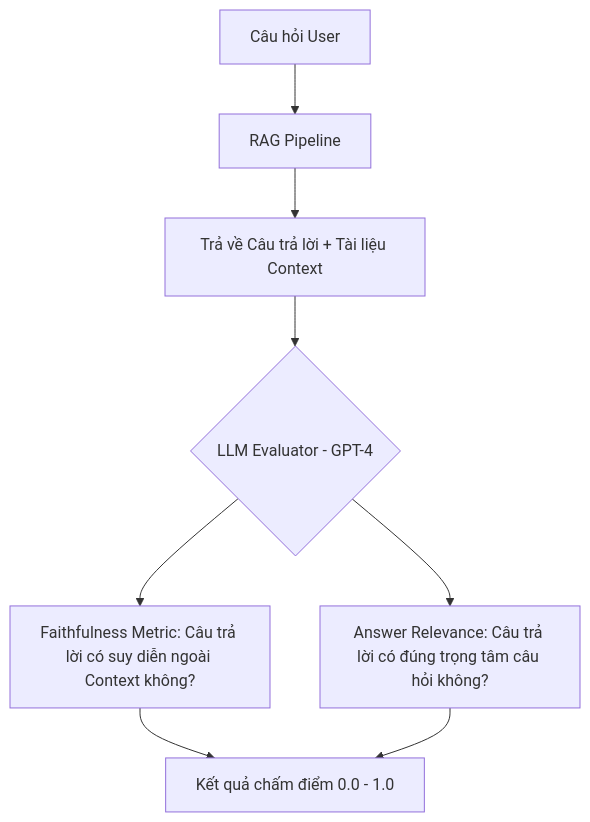
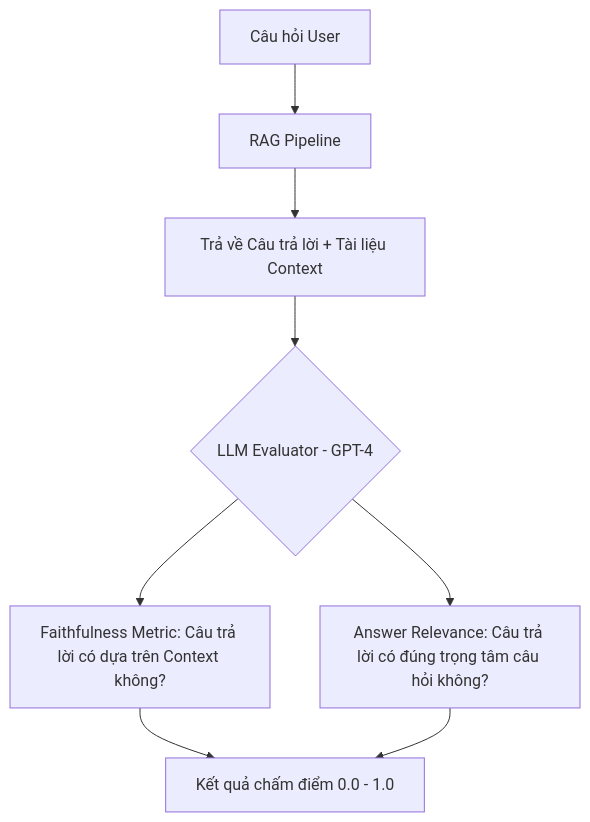
One commit to kythuatdulieu/kythuatdulieu.github.io changed the diagram in src/content/docs/concepts/evaluation-metric.md. Above: the diagram before and after it, drawn with Mermaid. The commit also changed other lines of this file and 179 other files, not shown here.

Commit message:
fix: build error and mermaid theme

````diff
--- a/src/content/docs/concepts/evaluation-metric.md
+++ b/src/content/docs/concepts/evaluation-metric.md
@@ -66,10 +50,10 @@
 ```mermaid
 graph TD
     A[Câu hỏi User] --> B[RAG Pipeline]
     B --> C[Trả về Câu trả lời + Tài liệu Context]
     C --> D{LLM Evaluator - GPT-4}
-    D --> E[Faithfulness Metric: Câu trả lời có suy diễn ngoài Context không?]
+    D --> E[Faithfulness Metric: Câu trả lời có dựa trên Context không?]
     D --> F[Answer Relevance: Câu trả lời có đúng trọng tâm câu hỏi không?]
     E --> G[Kết quả chấm điểm 0.0 - 1.0]
     F --> G
 ```
````
